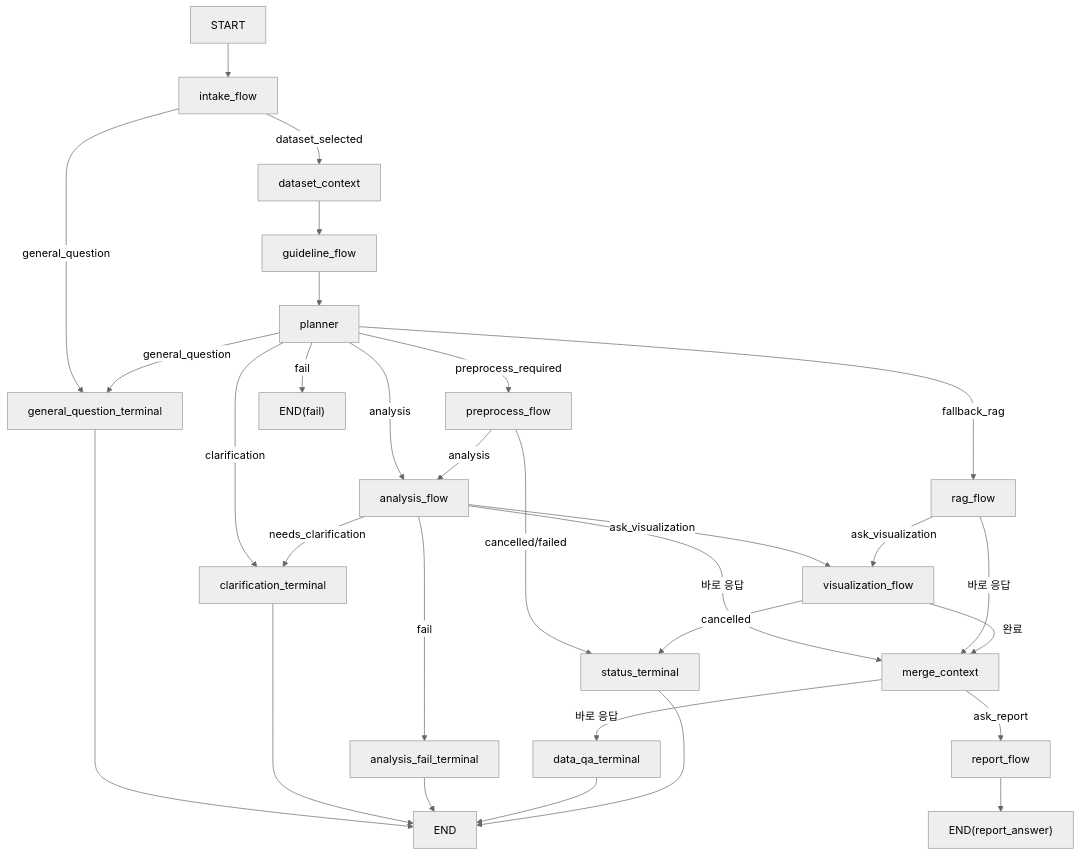
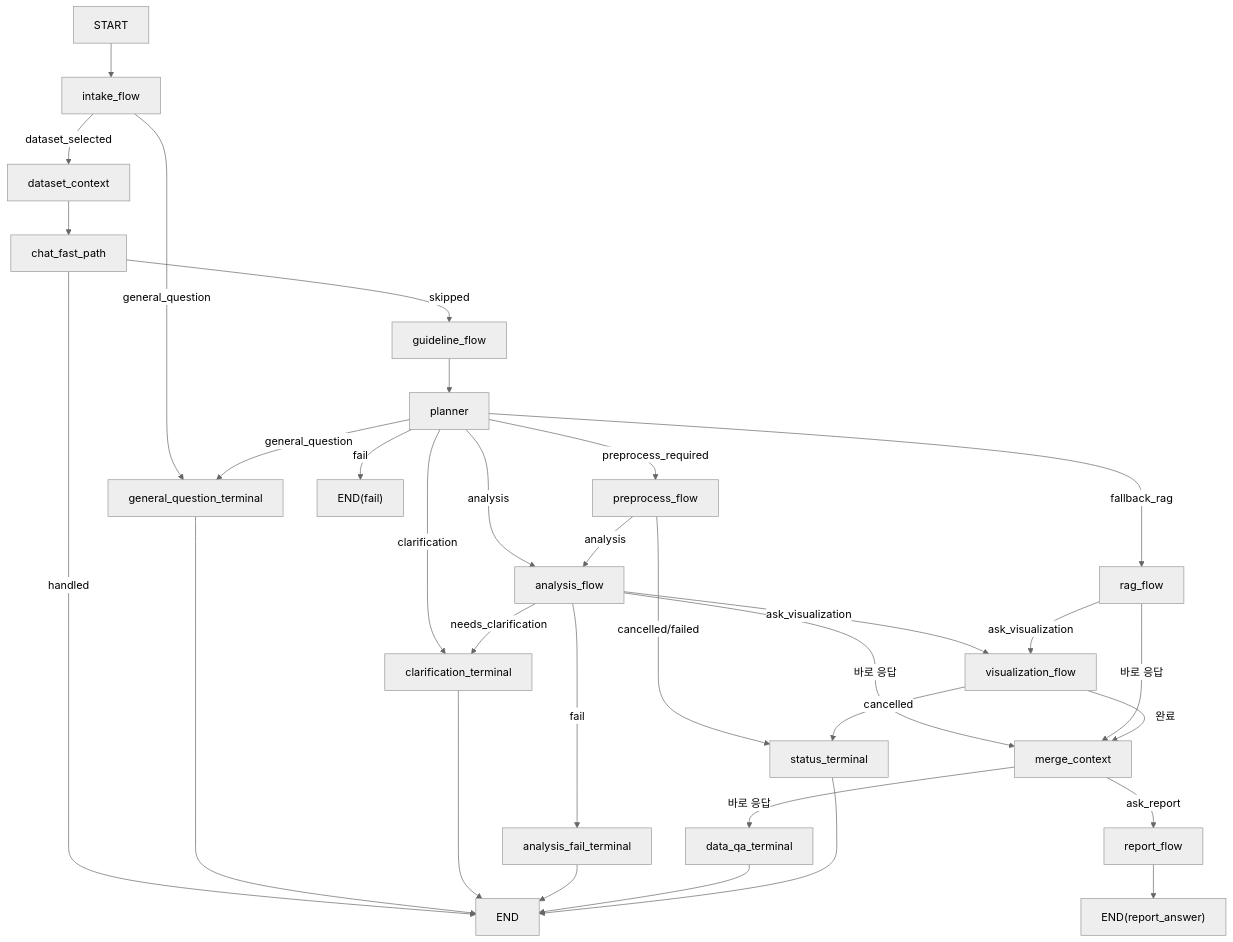
Before and after one commit to StableSub/Data-Analysis-Agent: the diagram in docs/architecture/request-lifecycle.md, drawn with Mermaid (neutral theme). The commit also changed other lines of this file and 5 other files, not shown here.

Commit message:
feat(orchestration): route dataset questions through chat fast path

````diff
--- a/docs/architecture/request-lifecycle.md
+++ b/docs/architecture/request-lifecycle.md
@@ -25,32 +25,34 @@
 ```mermaid
 flowchart TD
     A["START"] --> B["intake_flow"]
     B -->|general_question| C["general_question_terminal"]
     B -->|dataset_selected| D["dataset_context"]
-    D --> E["guideline_flow"]
+    D --> X["chat_fast_path"]
+    X -->|handled| R
+    X -->|skipped| E["guideline_flow"]
     E --> F["planner"]
     F -->|general_question| C
     F -->|fallback_rag| H["rag_flow"]
     F -->|preprocess_required| I["preprocess_flow"]
     F -->|analysis| J["analysis_flow"]
     F -->|clarification| G["clarification_terminal"]
     F -->|fail| Z["END(fail)"]
     I -->|analysis| J
     I -->|cancelled/failed| S["status_terminal"]
     J -->|needs_clarification| G
     J -->|fail| L["analysis_fail_terminal"]
     J -->|ask_visualization| M["visualization_flow"]
     J -->|바로 응답| N["merge_context"]
     H -->|ask_visualization| M
     H -->|바로 응답| N
     M -->|cancelled| S
     M -->|완료| N
     N -->|ask_report| O["report_flow"]
     N -->|바로 응답| P["data_qa_terminal"]
     O --> Q["END(report_answer)"]
     C --> R["END"]
     G --> R
     L --> R
     P --> R
     S --> R
 ```
````
